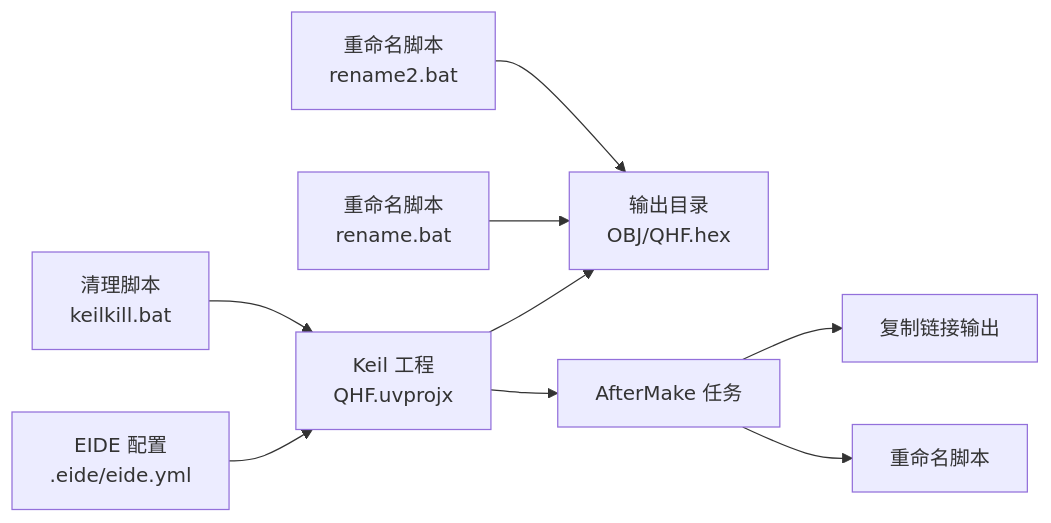
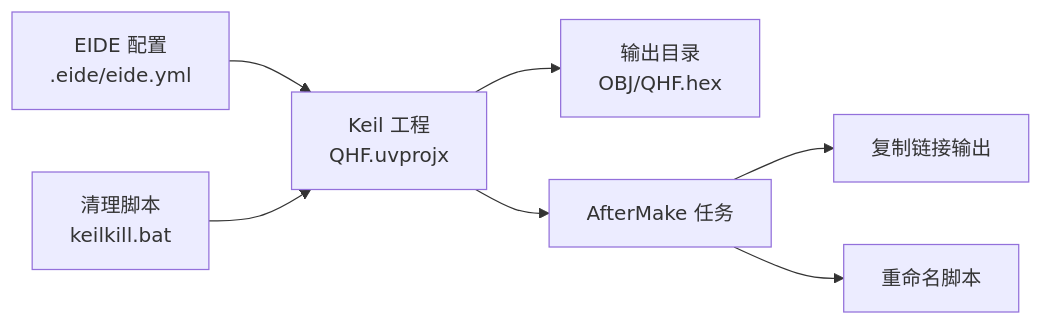
One commit to zym787/general-switcher changed the fourth of 5 diagrams in .qoder/repowiki/zh/content/版本管理和构建.md. Above: the diagram before and after it, drawn with Mermaid. The commit also changed other lines of this file and 5 other files, not shown here.

````diff
--- a/.qoder/repowiki/zh/content/版本管理和构建.md
+++ b/.qoder/repowiki/zh/content/版本管理和构建.md
@@ -203,11 +241,9 @@
 ```mermaid
 graph LR
 Proj["Keil 工程<br/>QHF.uvprojx"] --> Out["输出目录<br/>OBJ/QHF.hex"]
 Proj --> AfterMake["AfterMake 任务"]
 AfterMake --> Copy["复制链接输出"]
 AfterMake --> Rename["重命名脚本"]
 EIDE["EIDE 配置<br/>.eide/eide.yml"] --> Proj
 Kill["清理脚本<br/>keilkill.bat"] --> Proj
-Ren1["重命名脚本<br/>rename.bat"] --> Out
-Ren2["重命名脚本<br/>rename2.bat"] --> Out
 ```
````
